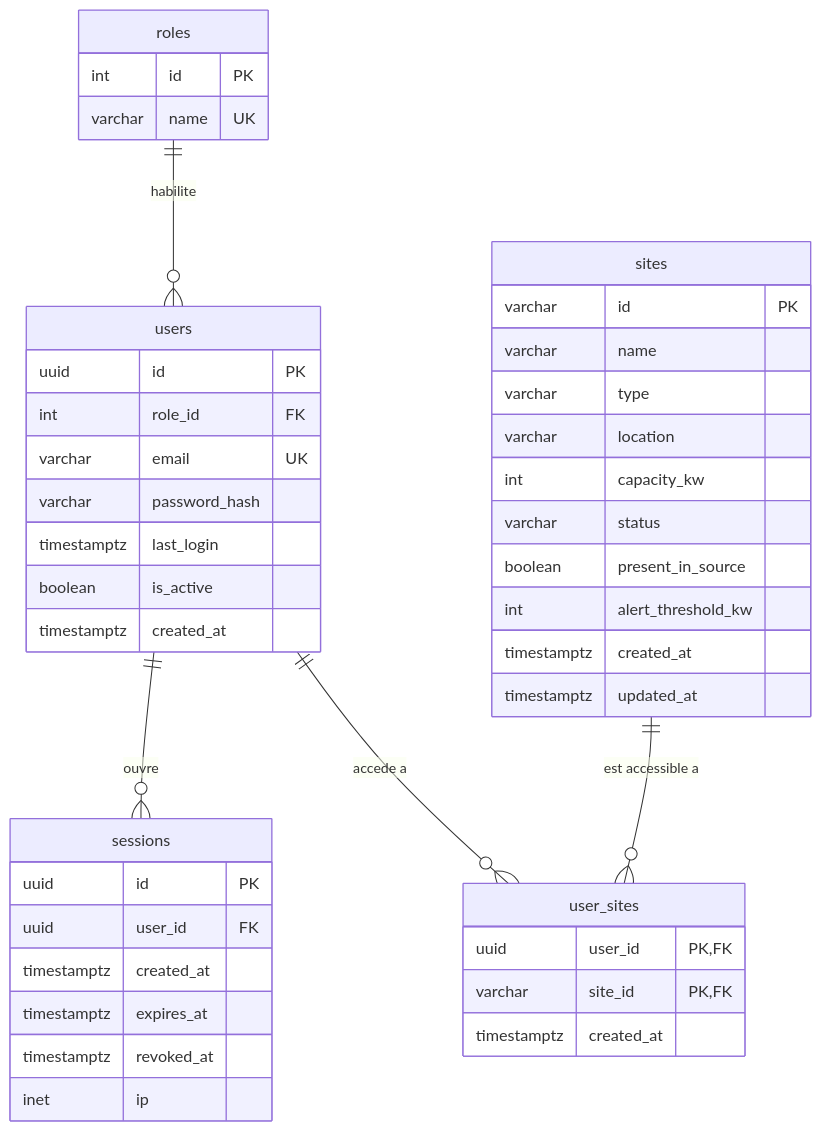
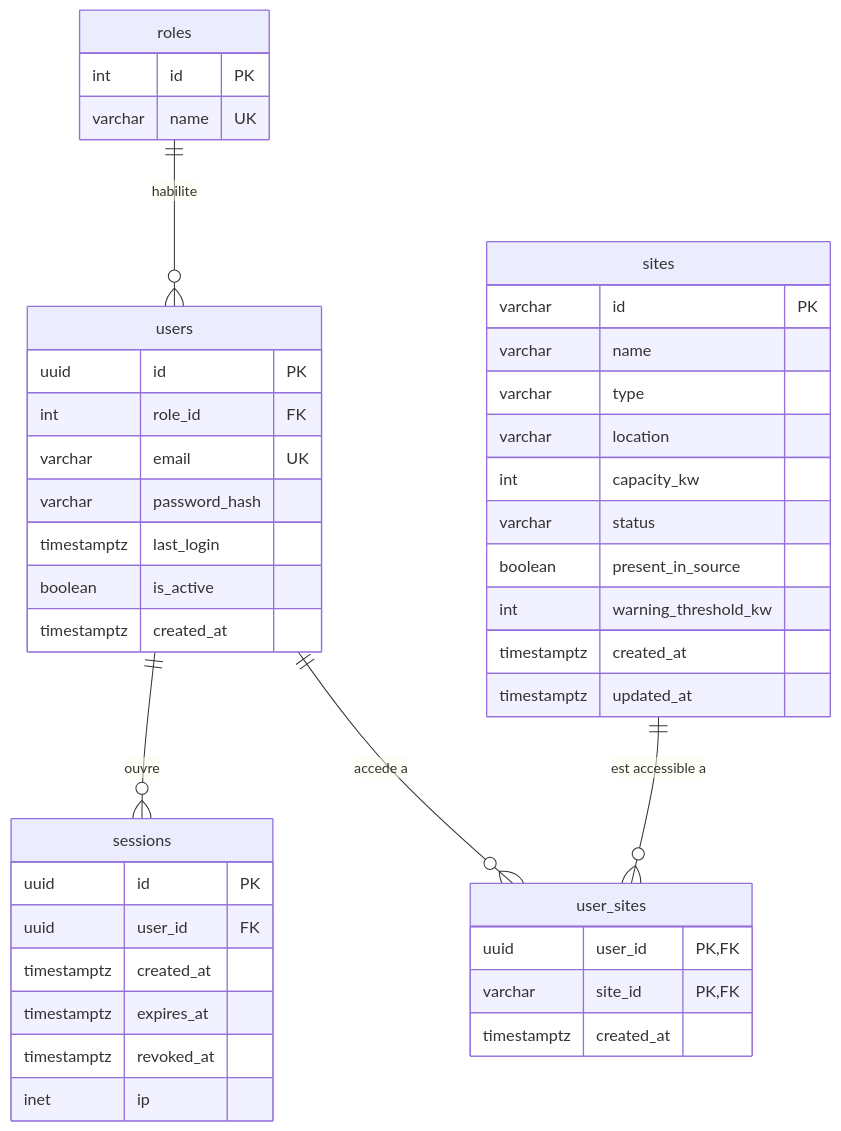
Before and after one commit to AlexRovere/smart-energy-optimizer: the diagram in docs/data.md, drawn with Mermaid. The commit also changed other lines of this file and 1 other file, not shown here.

````diff
--- a/docs/data.md
+++ b/docs/data.md
@@ -308,46 +310,46 @@
 ```mermaid
 erDiagram
     roles ||--o{ users : "habilite"
     users ||--o{ sessions : "ouvre"
     users ||--o{ user_sites : "accede a"
     sites ||--o{ user_sites : "est accessible a"
 
     roles {
         int id PK
         varchar name UK
     }
     users {
         uuid id PK
         int role_id FK
         varchar email UK
         varchar password_hash
         timestamptz last_login
         boolean is_active
         timestamptz created_at
     }
     sessions {
         uuid id PK
         uuid user_id FK
         timestamptz created_at
         timestamptz expires_at
         timestamptz revoked_at
         inet ip
     }
     sites {
         varchar id PK
         varchar name
         varchar type
         varchar location
         int capacity_kw
         varchar status
         boolean present_in_source
-        int alert_threshold_kw
+        int warning_threshold_kw
         timestamptz created_at
         timestamptz updated_at
     }
     user_sites {
         uuid user_id PK,FK
         varchar site_id PK,FK
         timestamptz created_at
     }
 ```
````
